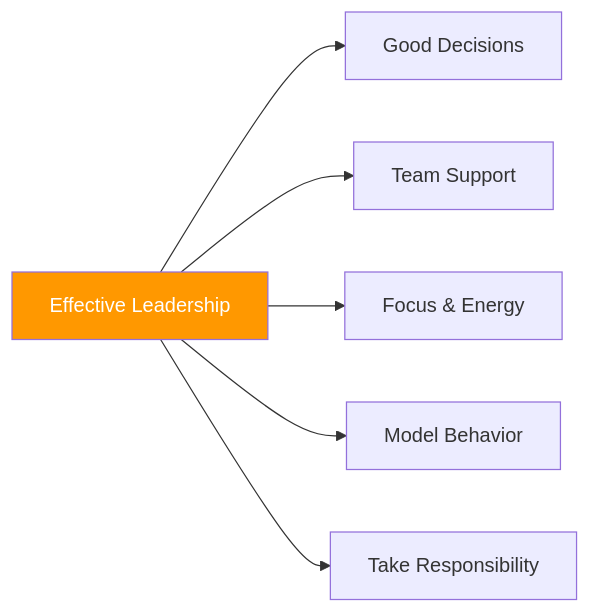
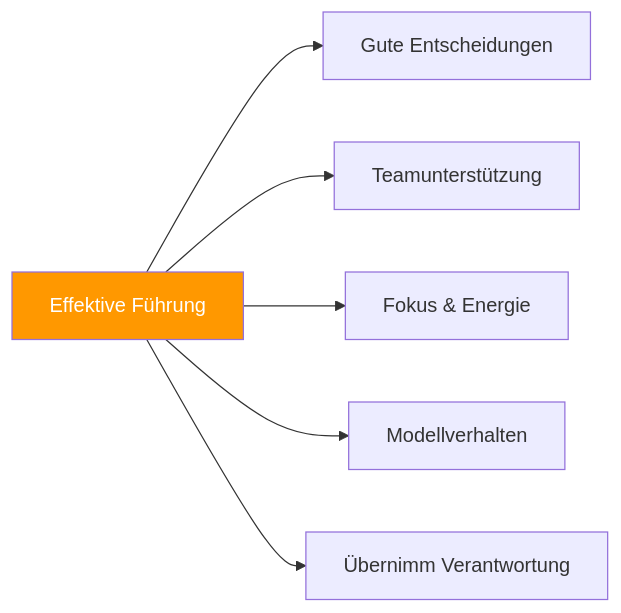
Before and after one commit to patwii/petanque-academy: the diagram in docs/de/articles/team-leadership.md, drawn with Mermaid. The commit also changed other lines of this file and 550 other files, not shown here.

````diff
--- a/docs/de/articles/team-leadership.md
+++ b/docs/de/articles/team-leadership.md
@@ -20,10 +20,10 @@
 ```mermaid
 flowchart LR
-    A[Effective Leadership] --> B[Good Decisions]
-    A --> C[Team Support]
-    A --> D[Focus & Energy]
-    A --> E[Model Behavior]
-    A --> F[Take Responsibility]
+    A[Effektive Führung] --> B[Gute Entscheidungen]
+    A --> C[Teamunterstützung]
+    A --> D[Fokus &amp; Energie]
+    A --> E[Modellverhalten]
+    A --> F[Übernimm Verantwortung]
 
     style A fill:#FF9800,color:#fff
 ```
````
